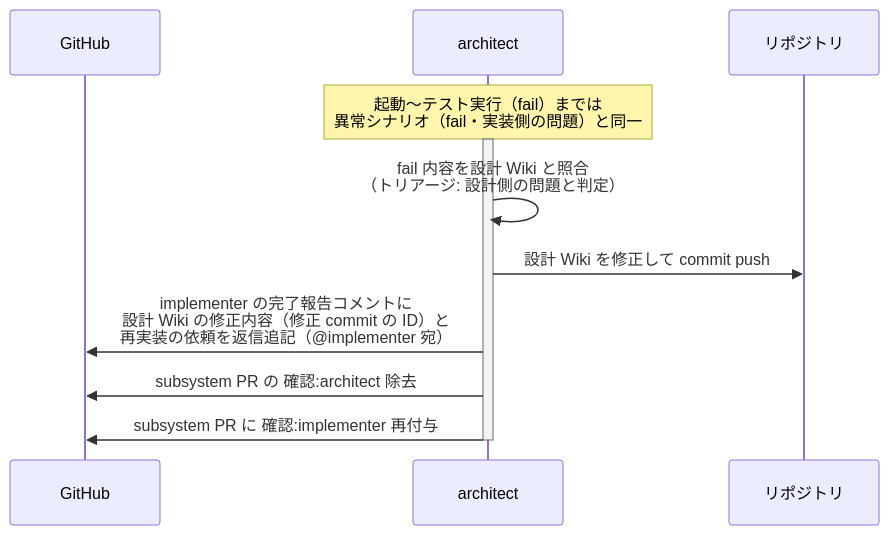
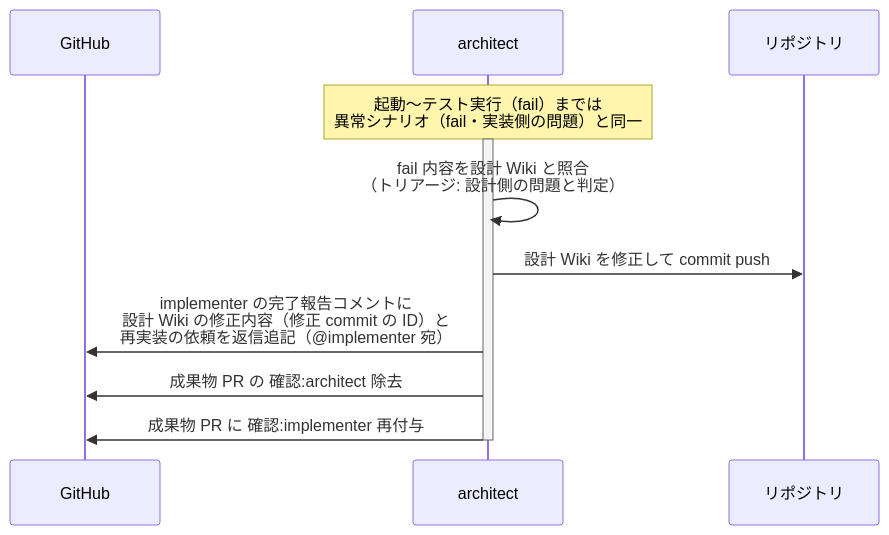
One commit to shuhei1101/ai-monitor changed the third of 5 diagrams in docs/wiki/設計図/シナリオ/単一ユースケース/実装レビュー.md. Above: the diagram before and after it, drawn with Mermaid. The commit also changed other lines of this file and 256 other files, not shown here.

````diff
--- a/docs/wiki/設計図/シナリオ/単一ユースケース/実装レビュー.md
+++ b/docs/wiki/設計図/シナリオ/単一ユースケース/実装レビュー.md
@@ -117,15 +118,15 @@
 ```mermaid
 sequenceDiagram
   participant GH as GitHub
   participant MON as architect
   participant REPO as リポジトリ
 
   Note over MON: 起動〜テスト実行（fail）までは<br>異常シナリオ（fail・実装側の問題）と同一
   activate MON
   MON->>MON: fail 内容を設計 Wiki と照合<br>（トリアージ: 設計側の問題と判定）
   MON->>REPO: 設計 Wiki を修正して commit push
   MON->>GH: implementer の完了報告コメントに<br>設計 Wiki の修正内容（修正 commit の ID）と<br>再実装の依頼を返信追記（@implementer 宛）
-  MON->>GH: subsystem PR の 確認:architect 除去
-  MON->>GH: subsystem PR に 確認:implementer 再付与
+  MON->>GH: 成果物 PR の 確認:architect 除去
+  MON->>GH: 成果物 PR に 確認:implementer 再付与
   deactivate MON
 ```
````
